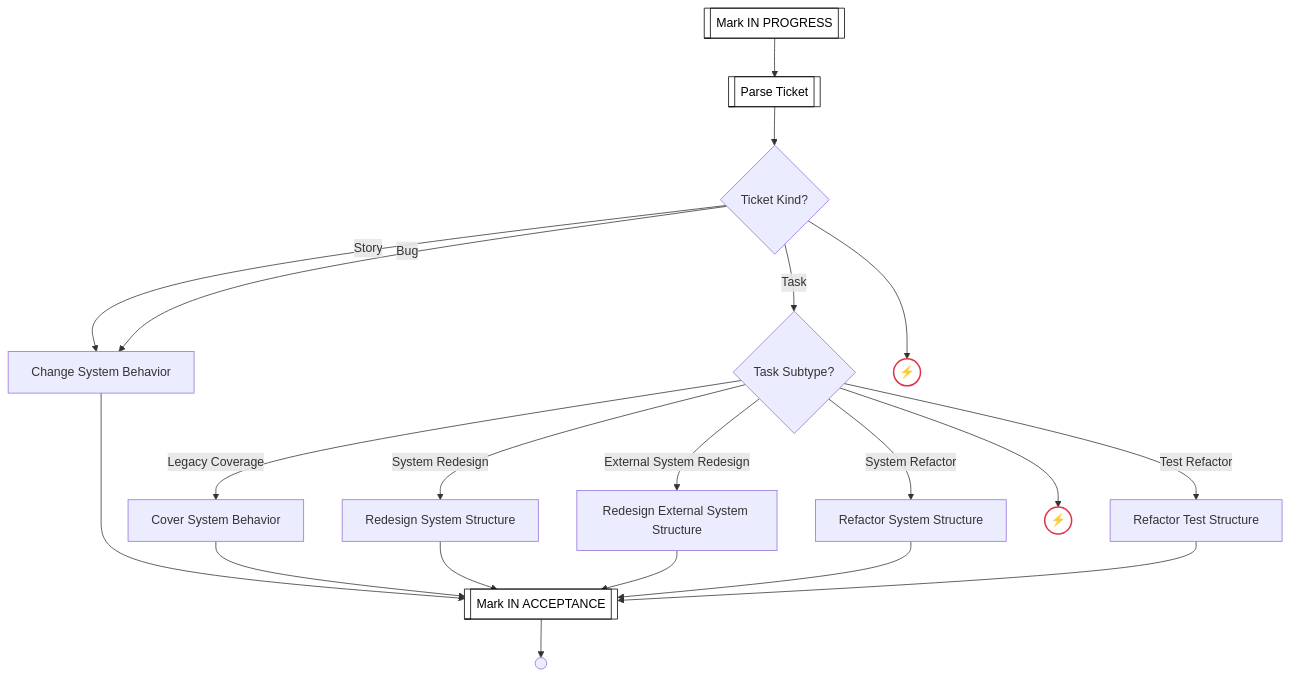
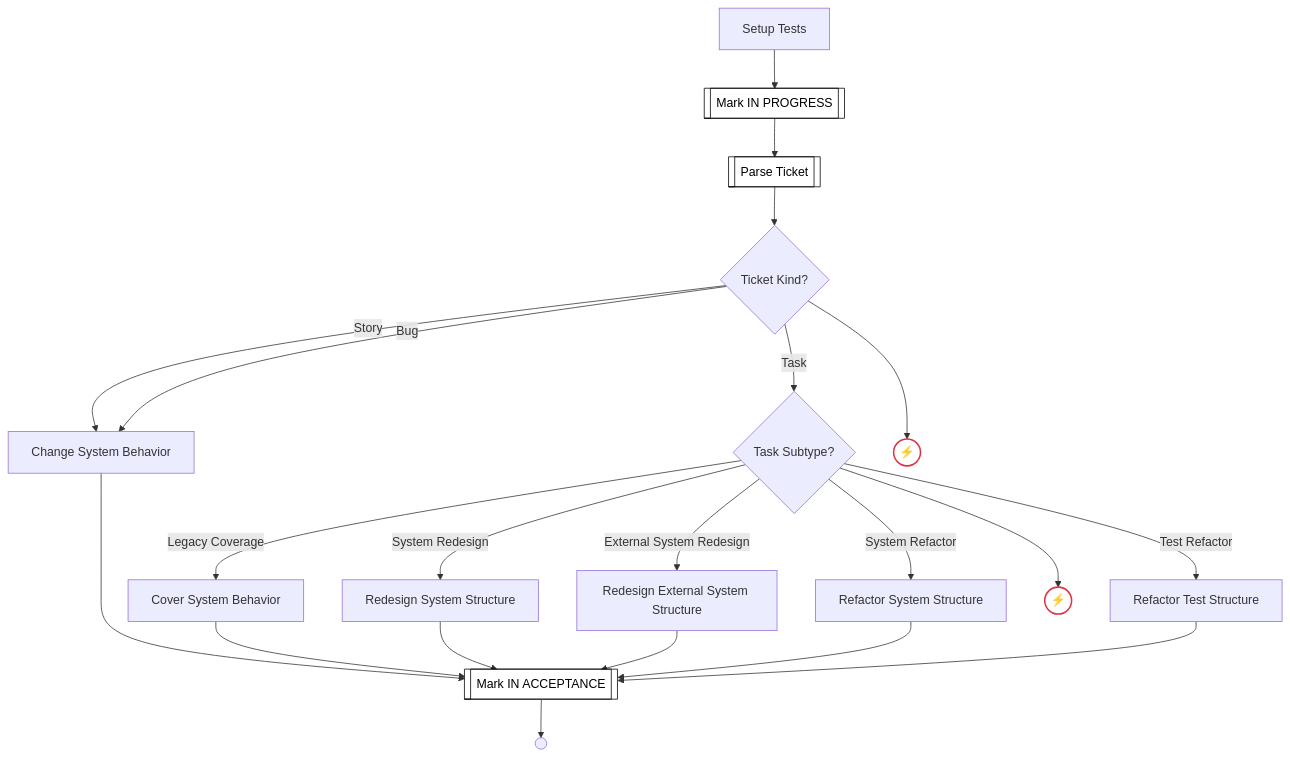
The fourth of 52 diagrams in docs/process-diagram.md (optivem/gh-optivem), drawn with Mermaid before and after one commit. The commit also changed other lines of this file and 6 other files, not shown here.

Commit message:
atdd: regenerate process-flow diagram

````diff
--- a/docs/process-diagram.md
+++ b/docs/process-diagram.md
@@ -89,43 +89,45 @@
 ```mermaid
 flowchart TD
+    SETUP_TESTS[Setup Tests]
     MARK_IN_PROGRESS[[Mark IN PROGRESS]]
     PARSE_TICKET[[Parse Ticket]]
     GATE_TICKET_KIND{Ticket Kind?}
     CHANGE_SYSTEM_BEHAVIOR[Change System Behavior]
     GATE_TASK_SUBTYPE{Task Subtype?}
     UNKNOWN_TICKET_KIND((⚡))
     MARK_IN_ACCEPTANCE[[Mark IN ACCEPTANCE]]
     COVER_SYSTEM_BEHAVIOR[Cover System Behavior]
     REDESIGN_SYSTEM_STRUCTURE[Redesign System Structure]
     REDESIGN_EXTERNAL_SYSTEM_STRUCTURE[Redesign External System Structure]
     REFACTOR_SYSTEM_STRUCTURE[Refactor System Structure]
     REFACTOR_TEST_STRUCTURE[Refactor Test Structure]
     UNKNOWN_TASK_SUBTYPE((⚡))
     IMPLEMENT_TICKET_END(( ))
 
+    SETUP_TESTS --> MARK_IN_PROGRESS
     MARK_IN_PROGRESS --> PARSE_TICKET
     PARSE_TICKET --> GATE_TICKET_KIND
     GATE_TICKET_KIND -- Story --> CHANGE_SYSTEM_BEHAVIOR
     GATE_TICKET_KIND -- Bug --> CHANGE_SYSTEM_BEHAVIOR
     GATE_TICKET_KIND -- Task --> GATE_TASK_SUBTYPE
     GATE_TICKET_KIND --> UNKNOWN_TICKET_KIND
     GATE_TASK_SUBTYPE -- Legacy Coverage --> COVER_SYSTEM_BEHAVIOR
     GATE_TASK_SUBTYPE -- System Redesign --> REDESIGN_SYSTEM_STRUCTURE
     GATE_TASK_SUBTYPE -- External System Redesign --> REDESIGN_EXTERNAL_SYSTEM_STRUCTURE
     GATE_TASK_SUBTYPE -- System Refactor --> REFACTOR_SYSTEM_STRUCTURE
     GATE_TASK_SUBTYPE -- Test Refactor --> REFACTOR_TEST_STRUCTURE
     GATE_TASK_SUBTYPE --> UNKNOWN_TASK_SUBTYPE
     CHANGE_SYSTEM_BEHAVIOR --> MARK_IN_ACCEPTANCE
     COVER_SYSTEM_BEHAVIOR --> MARK_IN_ACCEPTANCE
     REDESIGN_SYSTEM_STRUCTURE --> MARK_IN_ACCEPTANCE
     REDESIGN_EXTERNAL_SYSTEM_STRUCTURE --> MARK_IN_ACCEPTANCE
     REFACTOR_SYSTEM_STRUCTURE --> MARK_IN_ACCEPTANCE
     REFACTOR_TEST_STRUCTURE --> MARK_IN_ACCEPTANCE
     MARK_IN_ACCEPTANCE --> IMPLEMENT_TICKET_END
 
     classDef serviceNode fill:#ffffff,stroke:#000000,stroke-width:1px,color:#000000
     class MARK_IN_ACCEPTANCE,MARK_IN_PROGRESS,PARSE_TICKET serviceNode
 
     classDef errorEndNode fill:#ffffff,stroke:#dc3545,stroke-width:2px,color:#000000
     class UNKNOWN_TASK_SUBTYPE,UNKNOWN_TICKET_KIND errorEndNode
 ```
````
